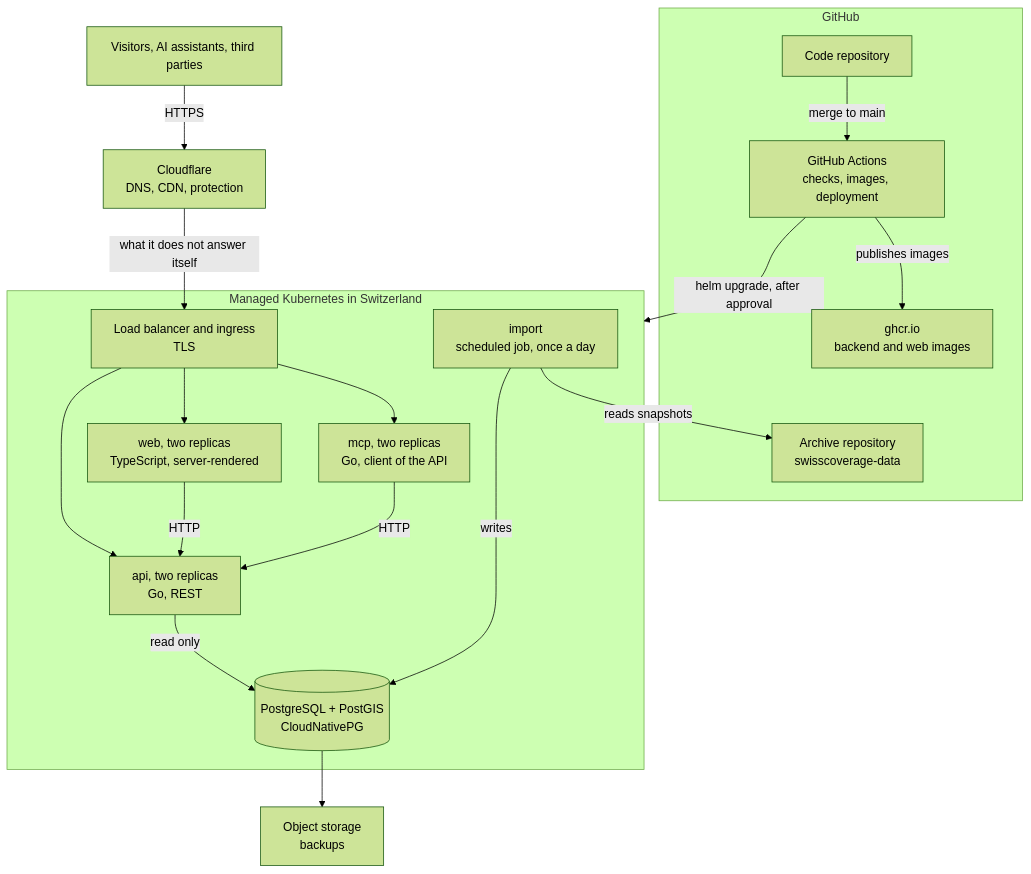
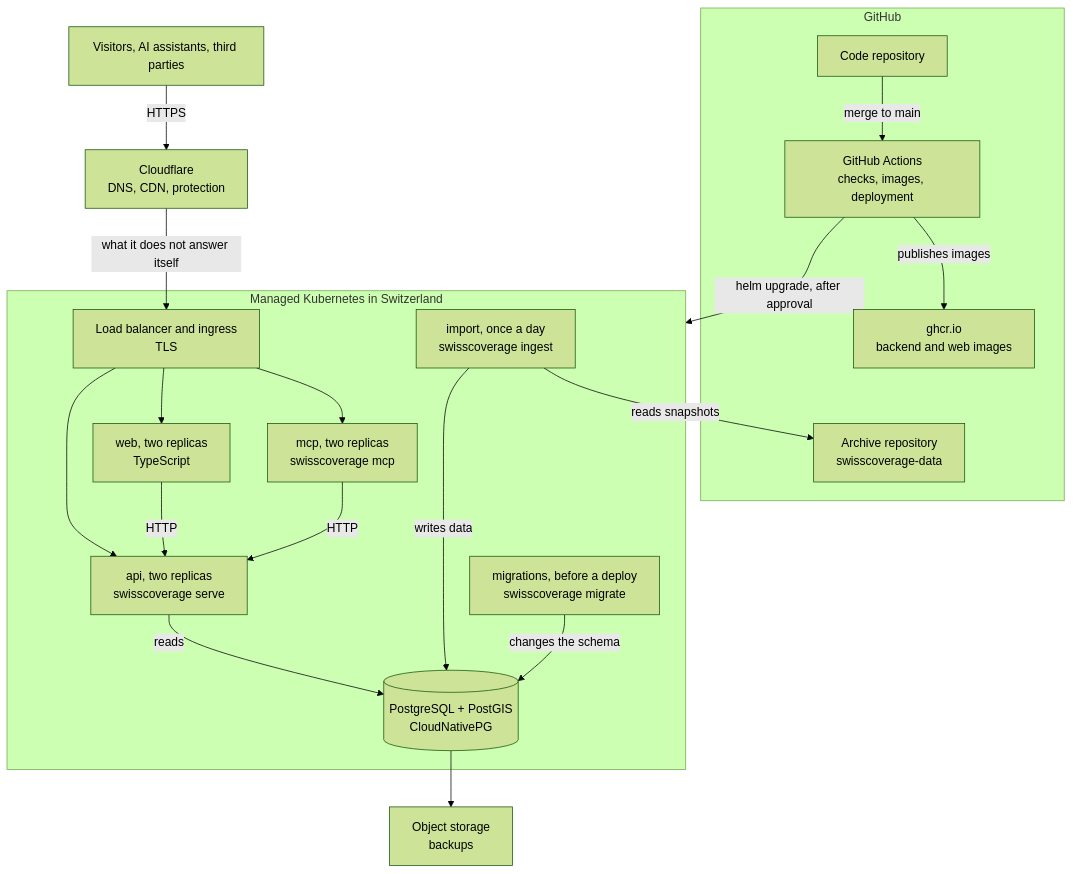
One commit to mathieumaf/swisscoverage changed the second of 2 diagrams in docs/architecture.md. Above: the diagram before and after it, drawn with Mermaid (forest theme). The commit also changed other lines of this file and 5 other files, not shown here.

First line of the commit message:
docs: make the roadmap checkable and the pages agree, after review

````diff
--- a/docs/architecture.md
+++ b/docs/architecture.md
@@ -170,37 +197,39 @@
 ```mermaid
 flowchart TB
   users["Visitors, AI assistants, third parties"]
   cf["Cloudflare<br/>DNS, CDN, protection"]
   backup["Object storage<br/>backups"]
 
   subgraph gh["GitHub"]
     code["Code repository"]
     actions["GitHub Actions<br/>checks, images, deployment"]
     registry["ghcr.io<br/>backend and web images"]
     data["Archive repository<br/>swisscoverage-data"]
   end
 
   subgraph k8s["Managed Kubernetes in Switzerland"]
     ingress["Load balancer and ingress<br/>TLS"]
-    web["web, two replicas<br/>TypeScript, server-rendered"]
-    api["api, two replicas<br/>Go, REST"]
-    mcp["mcp, two replicas<br/>Go, client of the API"]
-    job["import<br/>scheduled job, once a day"]
+    web["web, two replicas<br/>TypeScript"]
+    api["api, two replicas<br/>swisscoverage serve"]
+    mcp["mcp, two replicas<br/>swisscoverage mcp"]
+    job["import, once a day<br/>swisscoverage ingest"]
+    migrate["migrations, before a deploy<br/>swisscoverage migrate"]
     pg[("PostgreSQL + PostGIS<br/>CloudNativePG")]
   end
 
   users -- "HTTPS" --> cf
   cf -- "what it does not answer itself" --> ingress
   ingress --> web
   ingress --> api
   ingress --> mcp
   web -- "HTTP" --> api
   mcp -- "HTTP" --> api
-  api -- "read only" --> pg
-  job -- "writes" --> pg
+  api -- "reads" --> pg
+  job -- "writes data" --> pg
+  migrate -- "changes the schema" --> pg
   job -- "reads snapshots" --> data
   pg --> backup
   code -- "merge to main" --> actions
   actions -- "publishes images" --> registry
   actions -- "helm upgrade, after approval" --> k8s
 ```
````
